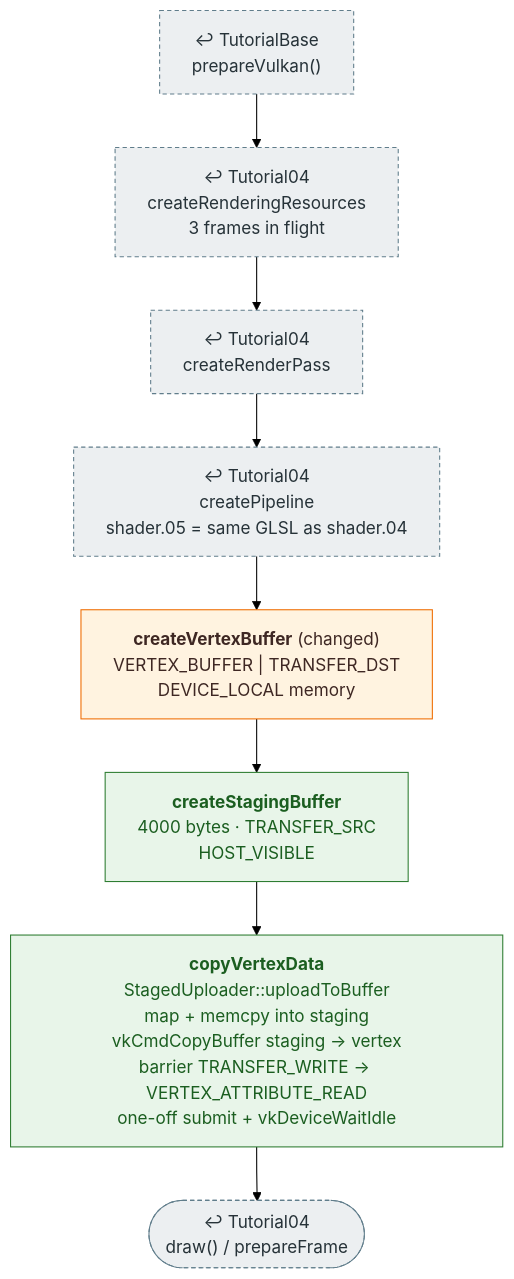
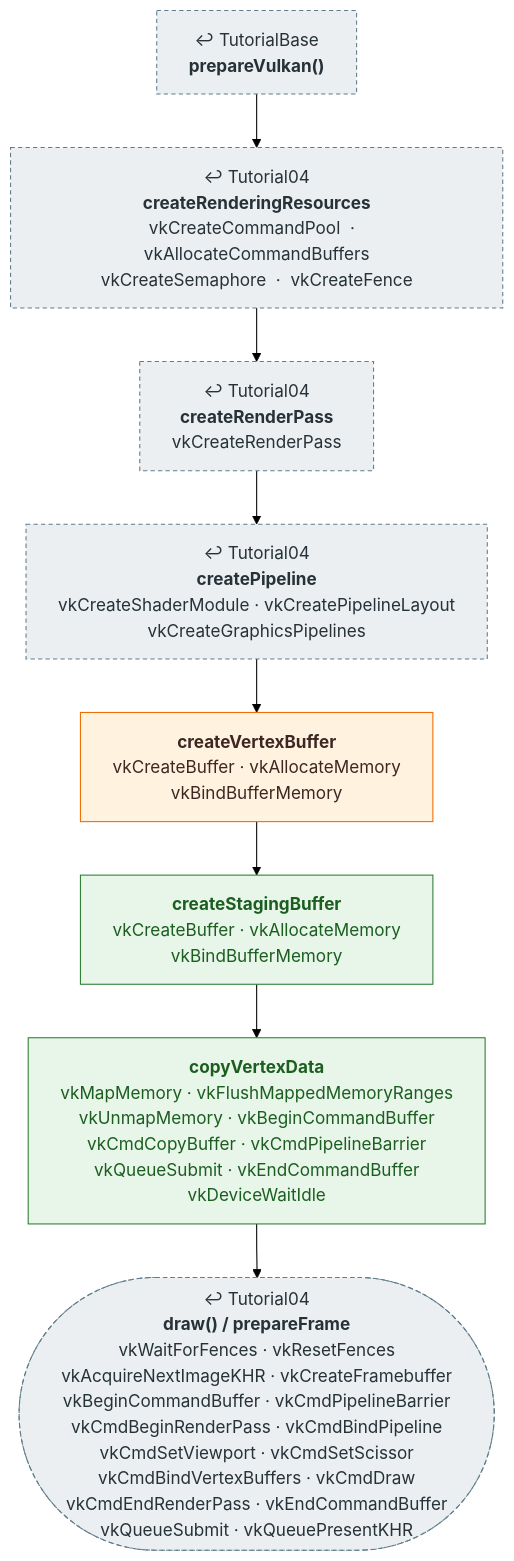
The diagram in docs/pipeline/05_staging_resources.md (mehoggan/vulkan_graphix), drawn with Mermaid (forest theme) before and after one commit. The commit also changed other lines of this file and 24 other files, not shown here.

First line of the commit message:
docs: label pipeline boxes with the Vulkan calls each step makes

````diff
--- a/docs/pipeline/05_staging_resources.md
+++ b/docs/pipeline/05_staging_resources.md
@@ -10,19 +10,19 @@
 ```mermaid
 %%{init: {"flowchart": {"wrappingWidth": 400}}}%%
 flowchart TD
     classDef reused fill:#eceff1,stroke:#607d8b,stroke-dasharray:4 3,color:#263238
     classDef changed fill:#fff3e0,stroke:#ef6c00,color:#3e2723
     classDef new fill:#e8f5e9,stroke:#2e7d32,color:#1b5e20
     classDef frame fill:#f3e5f5,stroke:#6a1b9a,color:#311b92
 
-    BASE["↩ TutorialBase<br/>prepareVulkan()"]:::reused
-    RR["↩ Tutorial04<br/>createRenderingResources<br/>3 frames in flight"]:::reused
-    RP["↩ Tutorial04<br/>createRenderPass"]:::reused
-    PIPE["↩ Tutorial04<br/>createPipeline<br/>shader.05 = same GLSL as shader.04"]:::reused
-    VB["<b>createVertexBuffer</b> (changed)<br/>VERTEX_BUFFER | TRANSFER_DST<br/>DEVICE_LOCAL memory"]:::changed
-    STG["<b>createStagingBuffer</b><br/>4000 bytes · TRANSFER_SRC<br/>HOST_VISIBLE"]:::new
-    COPY["<b>copyVertexData</b><br/>StagedUploader::uploadToBuffer<br/>map + memcpy into staging<br/>vkCmdCopyBuffer staging → vertex<br/>barrier TRANSFER_WRITE → VERTEX_ATTRIBUTE_READ<br/>one-off submit + vkDeviceWaitIdle"]:::new
-    DRAW(["↩ Tutorial04<br/>draw() / prepareFrame"]):::reused
+    BASE["↩ TutorialBase<br/><b>prepareVulkan()</b>"]:::reused
+    RR["↩ Tutorial04<br/><b>createRenderingResources</b><br/>vkCreateCommandPool  ·  vkAllocateCommandBuffers<br/>vkCreateSemaphore  ·  vkCreateFence"]:::reused
+    RP["↩ Tutorial04<br/><b>createRenderPass</b><br/>vkCreateRenderPass"]:::reused
+    PIPE["↩ Tutorial04<br/><b>createPipeline</b><br/>vkCreateShaderModule  ·  vkCreatePipelineLayout<br/>vkCreateGraphicsPipelines"]:::reused
+    VB["<b>createVertexBuffer</b><br/>vkCreateBuffer  ·  vkAllocateMemory<br/>vkBindBufferMemory"]:::changed
+    STG["<b>createStagingBuffer</b><br/>vkCreateBuffer  ·  vkAllocateMemory<br/>vkBindBufferMemory"]:::new
+    COPY["<b>copyVertexData</b><br/>vkMapMemory  ·  vkFlushMappedMemoryRanges<br/>vkUnmapMemory  ·  vkBeginCommandBuffer<br/>vkCmdCopyBuffer  ·  vkCmdPipelineBarrier<br/>vkQueueSubmit  ·  vkEndCommandBuffer<br/>vkDeviceWaitIdle"]:::new
+    DRAW(["↩ Tutorial04<br/><b>draw() / prepareFrame</b><br/>vkWaitForFences  ·  vkResetFences<br/>vkAcquireNextImageKHR  ·  vkCreateFramebuffer<br/>vkBeginCommandBuffer  ·  vkCmdPipelineBarrier<br/>vkCmdBeginRenderPass  ·  vkCmdBindPipeline<br/>vkCmdSetViewport  ·  vkCmdSetScissor<br/>vkCmdBindVertexBuffers  ·  vkCmdDraw<br/>vkCmdEndRenderPass  ·  vkEndCommandBuffer<br/>vkQueueSubmit  ·  vkQueuePresentKHR"]):::reused
 
     BASE --> RR --> RP --> PIPE --> VB --> STG --> COPY --> DRAW
 ```
````
